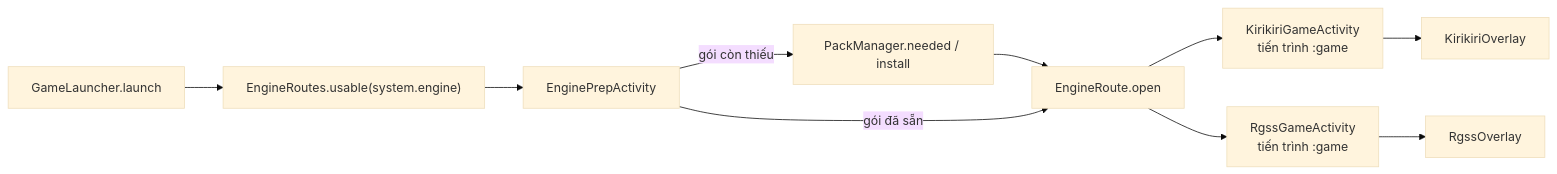
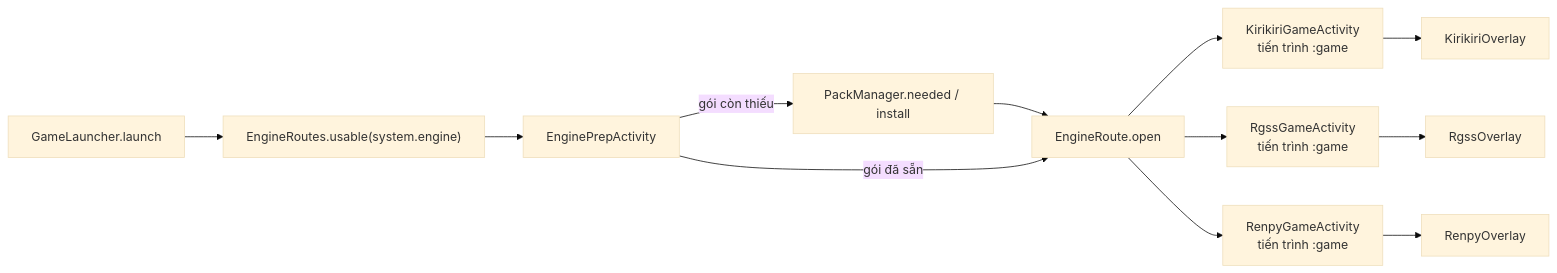
The diagram in docs/KIEN-TRUC-tay.md (aowvn-10diem/aowvn-monika), drawn with Mermaid (base theme) before and after one commit. The commit also changed other lines of this file, not shown here.

````diff
--- a/docs/KIEN-TRUC-tay.md
+++ b/docs/KIEN-TRUC-tay.md
@@ -20,8 +20,9 @@
 ```mermaid
 flowchart LR
   GL["GameLauncher.launch"] --> ER["EngineRoutes.usable(system.engine)"] --> EPA["EnginePrepActivity"]
   EPA -->|gói còn thiếu| PM["PackManager.needed / install"] --> OPEN["EngineRoute.open"]
   EPA -->|gói đã sẵn| OPEN
   OPEN --> KG["KirikiriGameActivity<br/>tiến trình :game"] --> KO["KirikiriOverlay"]
   OPEN --> RG["RgssGameActivity<br/>tiến trình :game"] --> RO["RgssOverlay"]
+  OPEN --> RP["RenpyGameActivity<br/>tiến trình :game"] --> RPO["RenpyOverlay"]
 ```
````
